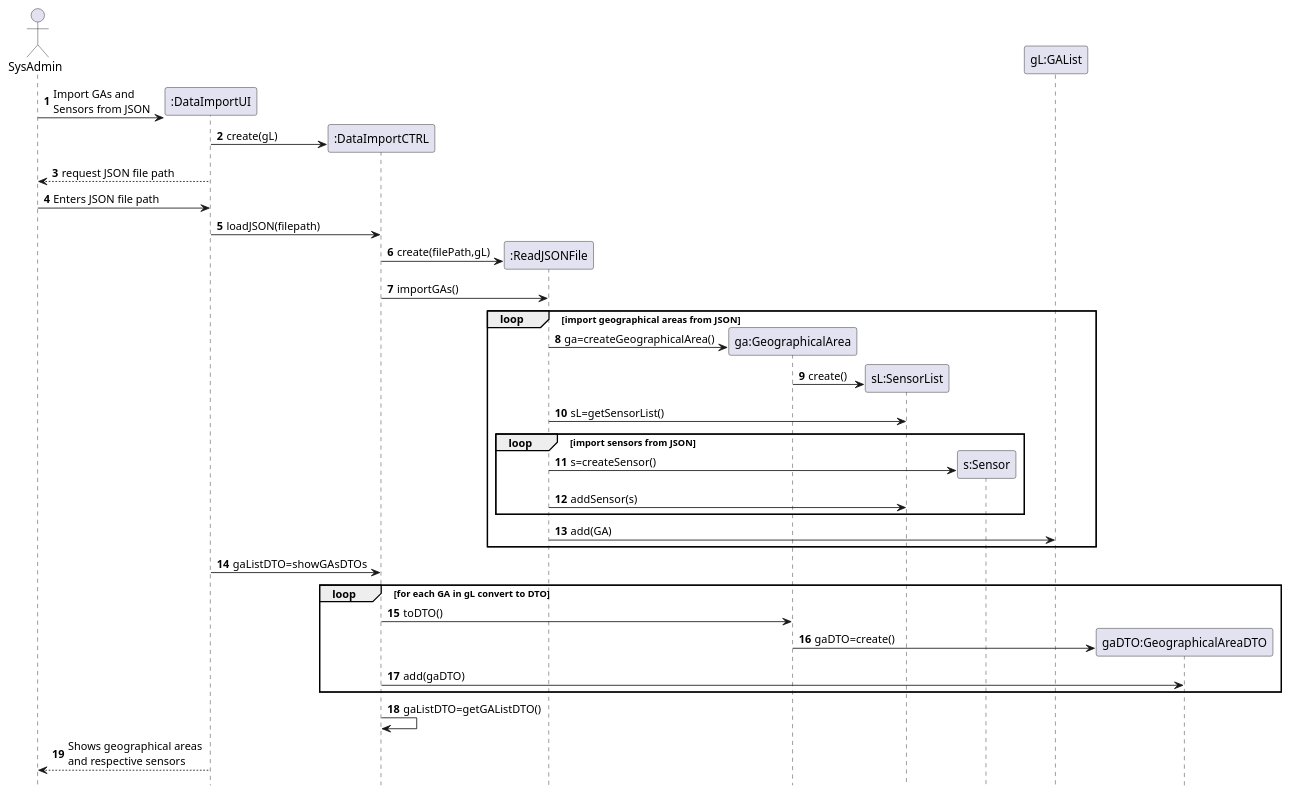
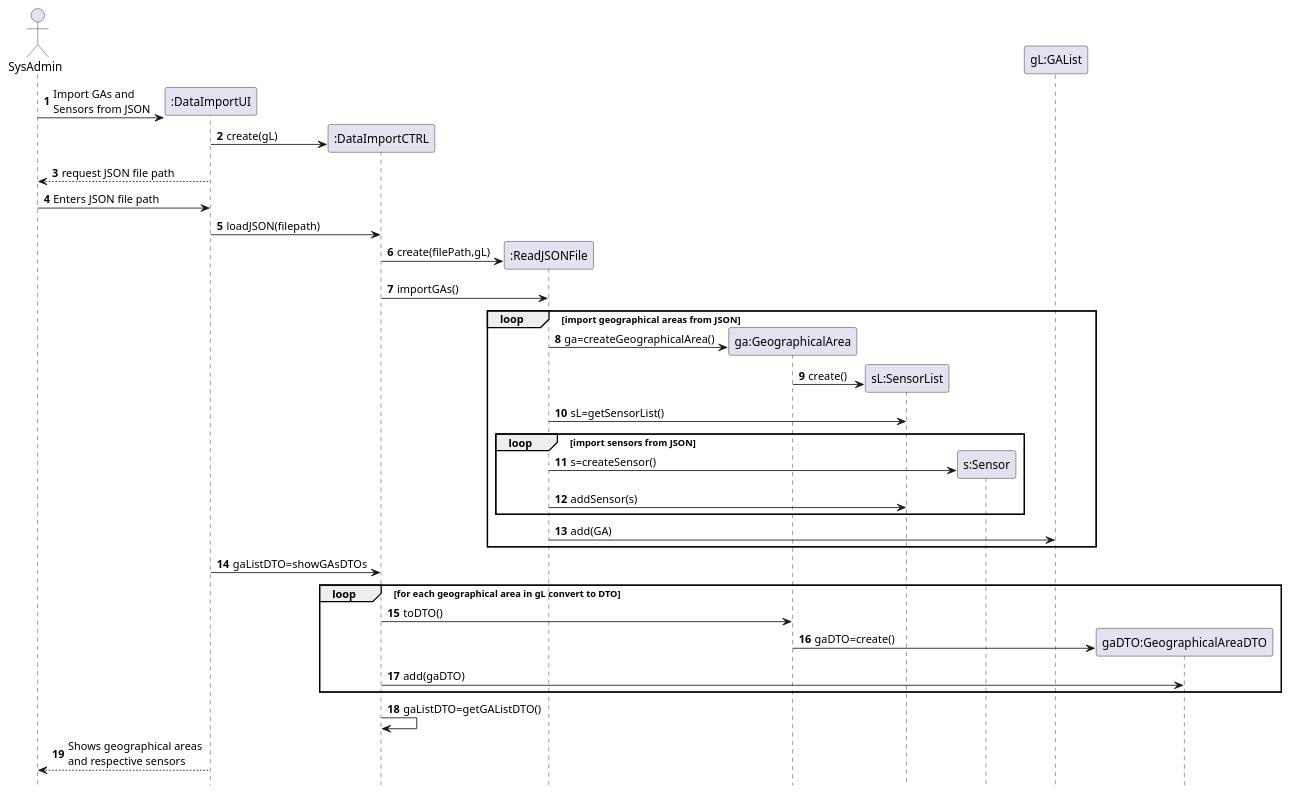
The diagram in src/main/java/smarthome/controller/sequenceDiagrams/sd_ImportGAsAndSensors.puml (emanuel-pereira/hou), drawn with PlantUML before and after one commit.

Commit message:
refactor of method readGAs to importGAs and respective update on sequence diagram

```diff
--- a/src/main/java/smarthome/controller/sequenceDiagrams/sd_ImportGAsAndSensors.puml
+++ b/src/main/java/smarthome/controller/sequenceDiagrams/sd_ImportGAsAndSensors.puml
@@ -1,40 +1,38 @@
 @startuml
 autonumber
 hidefootbox
 actor SysAdmin
 create ":DataImportUI"
 SysAdmin -> ":DataImportUI": Import GAs and \nSensors from JSON
 create ":DataImportCTRL"
 ":DataImportUI" -> ":DataImportCTRL": create(gL)
 SysAdmin <-- ":DataImportUI": request JSON file path
 SysAdmin -> ":DataImportUI": Enters JSON file path
 ":DataImportUI" -> ":DataImportCTRL": loadJSON(filepath)
 create ":ReadJSONFile"
 ":DataImportCTRL"->":ReadJSONFile": create(filePath,gL)
 ":DataImportCTRL" -> ":ReadJSONFile": importGAs()
 loop import geographical areas from JSON
 create "ga:GeographicalArea"
 
 ":ReadJSONFile" -> "ga:GeographicalArea": ga=createGeographicalArea()
 create "sL:SensorList"
 "ga:GeographicalArea" -> "sL:SensorList": create()
 ":ReadJSONFile"->"sL:SensorList": sL=getSensorList()
 loop import sensors from JSON
 create "s:Sensor"
 ":ReadJSONFile"->"s:Sensor":s=createSensor()
 ":ReadJSONFile"->"sL:SensorList": addSensor(s)
 end
 ":ReadJSONFile"->"gL:GAList": add(GA)
 end
 ":DataImportCTRL"<-":DataImportUI":gaListDTO=showGAsDTOs
-loop for each GA in gL convert to DTO
+loop for each geographical area in gL convert to DTO
 ":DataImportCTRL"->"ga:GeographicalArea": toDTO()
 create "gaDTO:GeographicalAreaDTO"
 "ga:GeographicalArea"->"gaDTO:GeographicalAreaDTO": gaDTO=create()
 ":DataImportCTRL"->"gaDTO:GeographicalAreaDTO": add(gaDTO)
 end
 ":DataImportCTRL"->":DataImportCTRL": gaListDTO=getGAListDTO()
-
-
 SysAdmin<--":DataImportUI": Shows geographical areas \nand respective sensors
 @enduml
```
